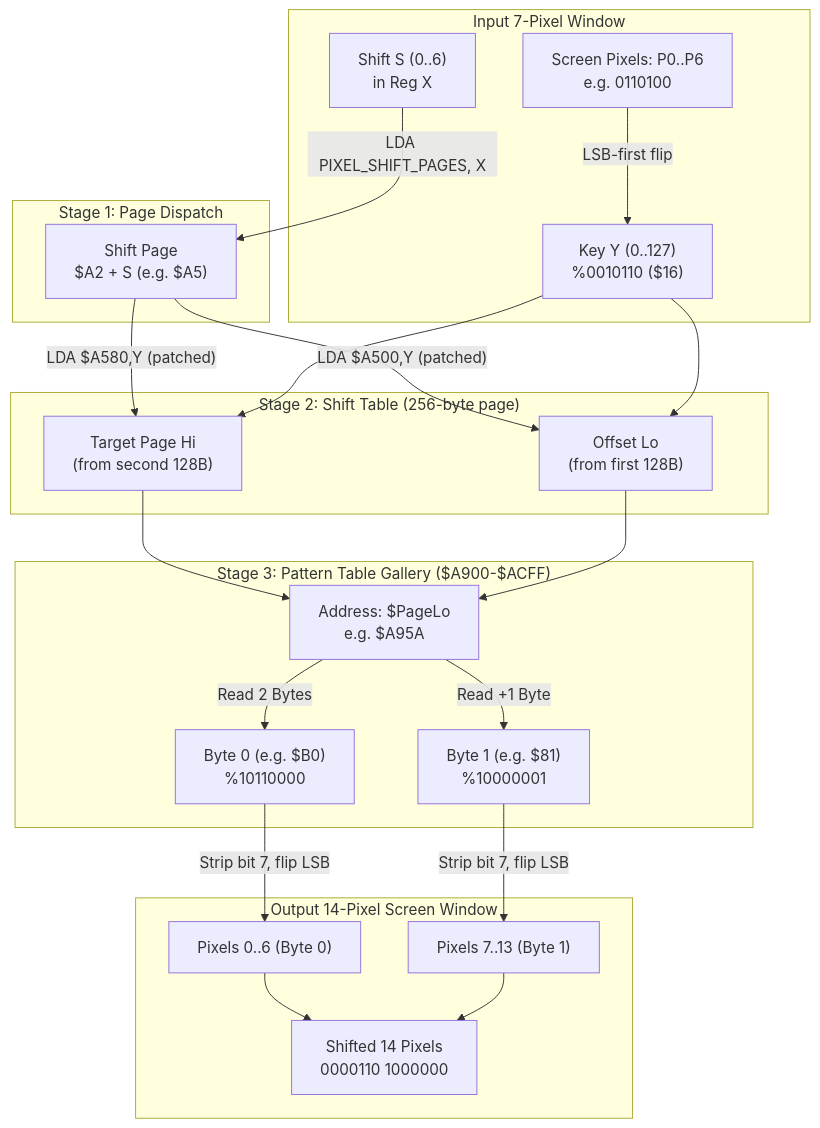
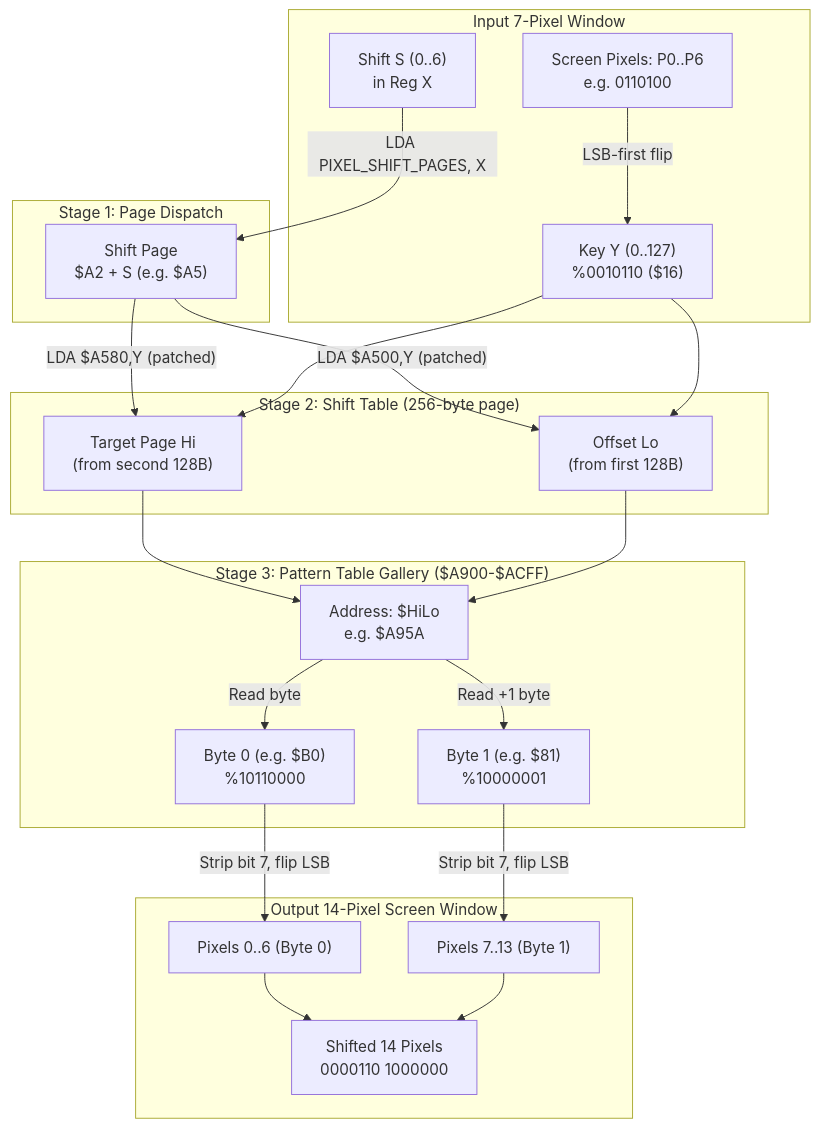
Before and after one commit to fschuhi/a2-hires-lab: the second of 3 diagrams in README.md, drawn with Mermaid. The commit also changed other lines of this file and 7 other files, not shown here.

````diff
--- a/README.md
+++ b/README.md
@@ -227,32 +227,32 @@
 ```mermaid
 flowchart TD
     subgraph Inputs ["Input 7-Pixel Window"]
         PX["Screen Pixels: P0..P6<br/>e.g. 0110100"] -->|"LSB-first flip"| Y["Key Y (0..127)<br/>%0010110 ($16)"]
         S["Shift S (0..6)<br/>in Reg X"]
     end
 
     subgraph Stage1 ["Stage 1: Page Dispatch"]
         S -->|"LDA PIXEL_SHIFT_PAGES, X"| SP["Shift Page<br/>$A2 + S (e.g. $A5)"]
     end
 
     subgraph Stage2 ["Stage 2: Shift Table (256-byte page)"]
         SP -->|"LDA $A500,Y (patched)"| LO["Offset Lo<br/>(from first 128B)"]
         Y --> LO
         SP -->|"LDA $A580,Y (patched)"| HI["Target Page Hi<br/>(from second 128B)"]
         Y --> HI
     end
 
     subgraph Stage3 ["Stage 3: Pattern Table Gallery ($A900-$ACFF)"]
-        HI --> ADDR["Address: $PageLo<br/>e.g. $A95A"]
+        HI --> ADDR["Address: $HiLo<br/>e.g. $A95A"]
         LO --> ADDR
-        ADDR -->|"Read 2 Bytes"| B0["Byte 0 (e.g. $B0)<br/>%10110000"]
-        ADDR -->|"Read +1 Byte"| B1["Byte 1 (e.g. $81)<br/>%10000001"]
+        ADDR -->|"Read byte"| B0["Byte 0 (e.g. $B0)<br/>%10110000"]
+        ADDR -->|"Read +1 byte"| B1["Byte 1 (e.g. $81)<br/>%10000001"]
     end
 
     subgraph Outputs ["Output 14-Pixel Screen Window"]
         B0 -->|"Strip bit 7, flip LSB"| OUT0["Pixels 0..6 (Byte 0)"]
         B1 -->|"Strip bit 7, flip LSB"| OUT1["Pixels 7..13 (Byte 1)"]
         OUT0 --> SCREEN["Shifted 14 Pixels<br/>0000110 1000000"]
         OUT1 --> SCREEN
     end
 ```
````
